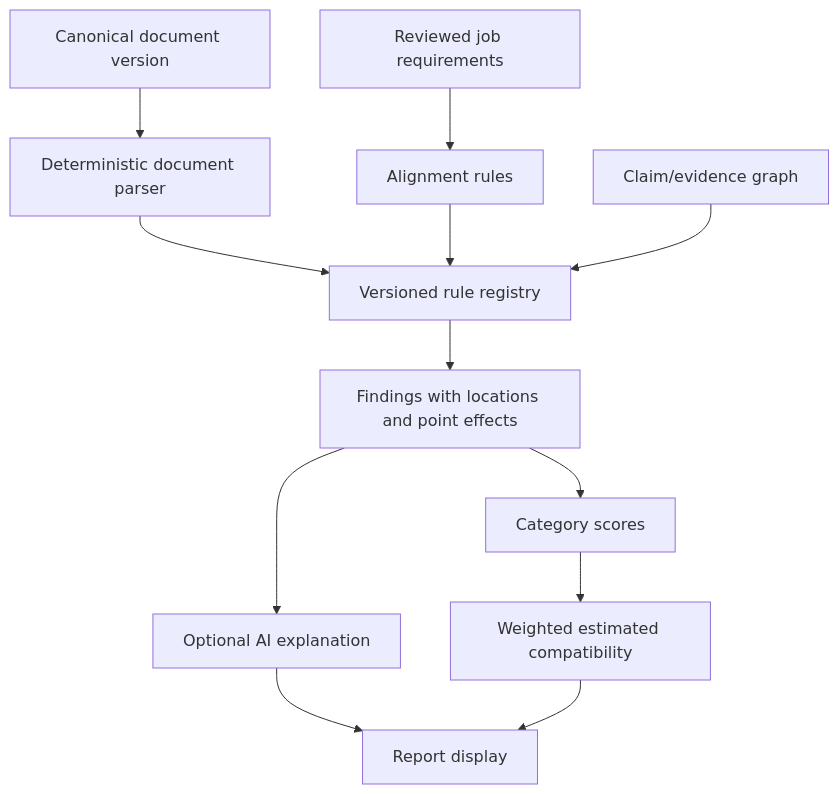
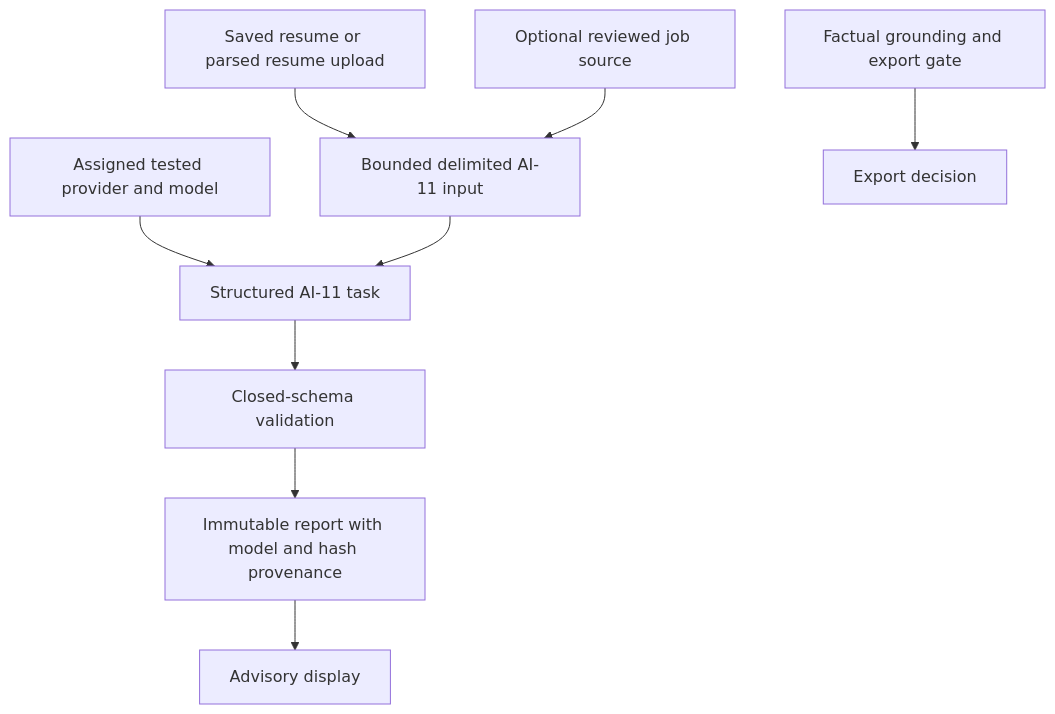
The diagram in docs/architecture/ATS_ENGINE.md (Kasu724/vitae-stack), drawn with Mermaid before and after one commit. The commit also changed other lines of this file and 28 other files, not shown here.

````diff
--- a/docs/architecture/ATS_ENGINE.md
+++ b/docs/architecture/ATS_ENGINE.md
@@ -3,14 +3,11 @@
 ```mermaid
 flowchart TD
-  D[Canonical document version] --> P[Deterministic document parser]
-  J[Reviewed job requirements] --> A[Alignment rules]
-  P --> R[Versioned rule registry]
-  A --> R
-  E[Claim/evidence graph] --> R
-  R --> F[Findings with locations and point effects]
-  F --> C[Category scores]
-  C --> O[Weighted estimated compatibility]
-  F --> X[Optional AI explanation]
-  X --> Report[Report display]
-  O --> Report
+  R[Saved resume or parsed resume upload] --> B[Bounded delimited AI-11 input]
+  J[Optional reviewed job source] --> B
+  P[Assigned tested provider and model] --> T[Structured AI-11 task]
+  B --> T
+  T --> V[Closed-schema validation]
+  V --> I[Immutable report with model and hash provenance]
+  I --> D[Advisory display]
+  G[Factual grounding and export gate] --> E[Export decision]
 ```
````
